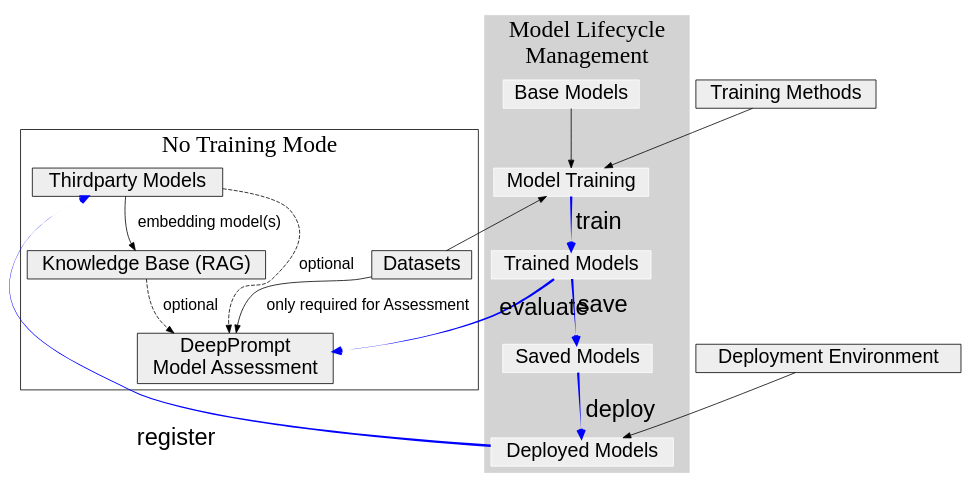
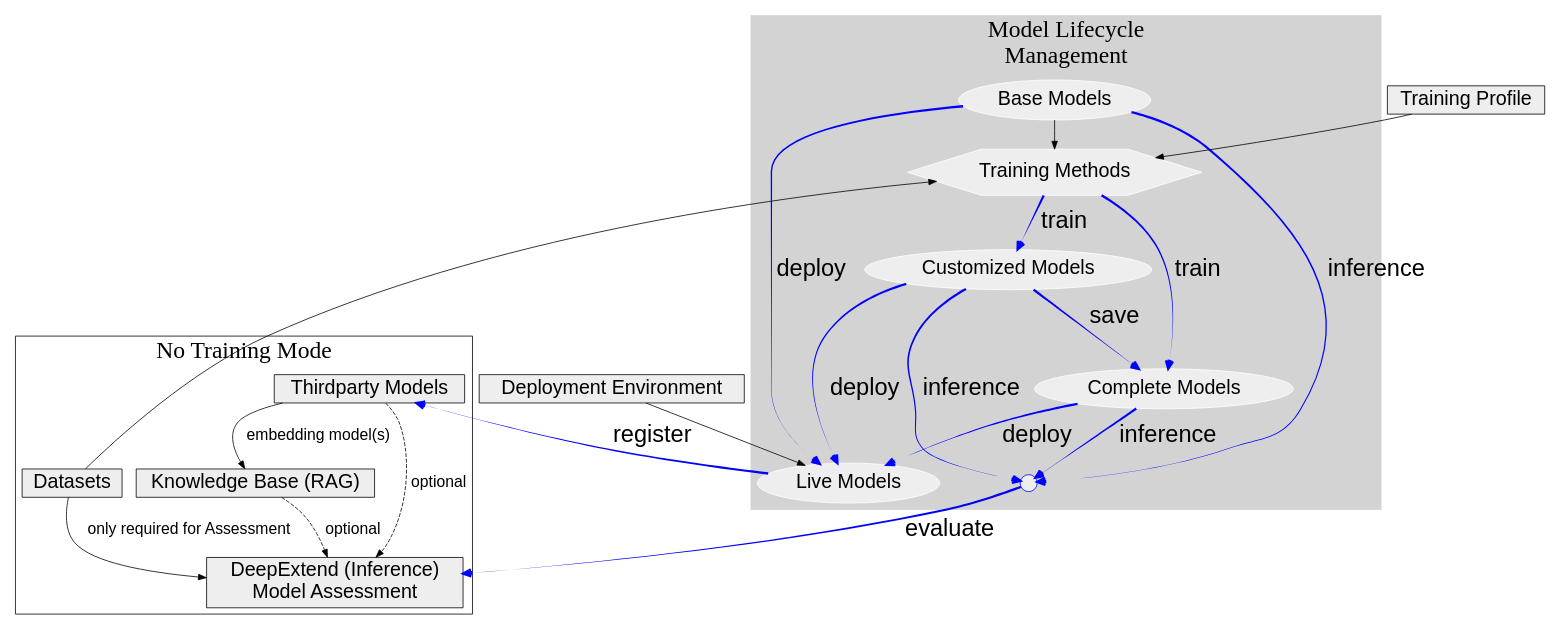
Before and after one commit to Junks5020/deepe-docs: the diagram in docs/tutorials/process_dep_graph.dot, drawn with Graphviz. The commit also changed 40 other files, not shown here.

```diff
--- a/docs/tutorials/process_dep_graph.dot
+++ b/docs/tutorials/process_dep_graph.dot
@@ -1,60 +1,68 @@
 digraph g {
-	ratio=fill;
-	splines=spline;
-	overlap=scale;
+ratio=fill;
+splines=spline;
+overlap=scale;
 
-    edge [fontsize=20, fontname="Helvetica"];
+edge [fontsize=20, fontname="Helvetica"];
 
-	node [
-		shape=box,
-		// fixedsize=true,
-		width=0.3,
-		color="black",
-		fillcolor="#eeeeee",
-		style="filled,solid",
-		fontsize=25,
-        fontname="Helvetica"
-	];
+node [
+shape=box,
+// fixedsize=true,
+width=0.3,
+color="black",
+fillcolor="#eeeeee",
+style="filled,solid",
+fontsize=25,
+fontname="Helvetica"
+];
 
-    subgraph cluster_1 {
-		node [style=filled];
-		nRAG -> nPromp [style=dashed, label="optional"];
-        nThirdModel -> nRAG [label="embedding model(s)"];
-        nDataset -> nPromp [label="only required for Assessment"];
-        nThirdModel -> nPromp [style=dashed, label="optional"];
-		label = "No Training Mode";
-        fontsize=30
-	}
+subgraph cluster_1 {
+node [style=filled];
+nRAG -> nPromp [style=dashed, label="optional"];
+nThirdModel -> nRAG [label="embedding model(s)"];
+nDataset -> nPromp [label="only required for Assessment"];
+nThirdModel -> nPromp [style=dashed, label="optional"];
+label = "No Training Mode";
+fontsize=30
+}
 
-    subgraph cluster_0 {
-		style=filled;
-		color=lightgrey;
-		node [style=filled,color=white];
-		nBModel -> nTrainingModels;
-        nTrainingModels -> nTrainedModels [style="bold,tapered", arrowhead=vee, penwidth=3, color=blue, label="train", fontsize=30];
-        nTrainedModels -> nSavedModels [style="bold,tapered", arrowhead=vee, penwidth=3, color=blue, label="save", fontsize=30];
-        nSavedModels -> nDeployedModels [style="bold,tapered", arrowhead=vee, penwidth=3, color=blue, label="deploy", fontsize=30];
-        label = "Model Lifecycle\nManagement";
-        fontsize=30
-	}
+subgraph cluster_0 {
+style=filled;
+color=lightgrey;
+node [style=filled,color=white];
+nBModel -> nTrainingMethods;
+nTrainingMethods -> nCustomizedModels [style="bold,tapered", arrowhead=vee, penwidth=3, color=blue, label="train", fontsize=30];
+nTrainingMethods -> nCompleteModels [style="bold,tapered", arrowhead=vee, penwidth=3, color=blue, label="train", fontsize=30];
+nCustomizedModels -> nCompleteModels [style="bold,tapered", arrowhead=vee, penwidth=3, color=blue, label="save", fontsize=30];
+nCustomizedModels -> nLiveModels [style="bold,tapered", arrowhead=vee, penwidth=3, color=blue, label="deploy", fontsize=30];
+nCompleteModels -> nLiveModels [style="bold,tapered", arrowhead=vee, penwidth=3, color=blue, label="deploy", fontsize=30];
+nBModel -> nLiveModels [style="bold,tapered", arrowhead=vee, penwidth=3, color=blue, label="deploy", fontsize=30];
+nBModel -> nEvaluate [style="bold,tapered", arrowhead=vee, penwidth=3, color=blue, label="inference", fontsize=30];
+nCustomizedModels -> nEvaluate [style="bold,tapered", arrowhead=vee, penwidth=3, color=blue, label="inference", fontsize=30];
+nCompleteModels -> nEvaluate [style="bold,tapered", arrowhead=vee, penwidth=3, color=blue, label="inference", fontsize=30];
+label = "Model Lifecycle\nManagement";
+fontsize=30
+}
 
 
-	nRAG [label="Knowledge Base (RAG)"];
-	nBModel [label="Base Models"];
-	nDataset [label="Datasets"];
-	nThirdModel [label="Thirdparty Models"];
-	nPromp [label="DeepPrompt\nModel Assessment"];
-	nTrainingModels [label="Model Training"];
-	nTrainedModels [label="Trained Models"];
-	nSavedModels [label="Saved Models"];
-	nDeployedModels [label="Deployed Models"];
-	nDeployEnv [label="Deployment Environment"];
-	nTrainingMethods [label="Training Methods"];
-	// n [label=""]
-    nDataset -> nTrainingModels;
-    nTrainingMethods -> nTrainingModels;
-    nDeployEnv -> nDeployedModels;
-    nDeployedModels -> nThirdModel [style="bold,tapered", arrowhead=vee, penwidth=3, color=blue, taillabel="register", fontsize=30, labeldistance=40, labelangle=3 ];
-    nTrainedModels -> nPromp [style="bold,tapered", arrowhead=vee, penwidth=3, color=blue, taillabel="evaluate", fontsize=30, labeldistance=4, labelangle=35];
-    // https://edotor.net/
+nRAG [label="Knowledge Base (RAG)"];
+nBModel [label="Base Models" shape="ellipse"];
+nDataset [label="Datasets"];
+nThirdModel [label="Thirdparty Models"];
+nPromp [label="DeepExtend (Inference) \nModel Assessment"];
+nTrainingMethods [label="Training Methods"];
+nCustomizedModels [label="Customized Models" shape="ellipse"];
+nCompleteModels [label="Complete Models" shape="ellipse"];
+nLiveModels [label="Live Models" shape="ellipse"];
+nDeployEnv [label="Deployment Environment"];
+nTrainingProfile [label="Training Profile"];
+nTrainingMethods [label="Training Methods" shape=hexagon];
+nEvaluate [label="evaluate" shape=point color="blue"];
+// n [label=""]
+nDataset -> nTrainingMethods;
+nDeployEnv -> nLiveModels;
+nTrainingProfile -> nTrainingMethods;
+nLiveModels -> nThirdModel [style="bold,tapered", arrowhead=vee, penwidth=3, color=blue, label="register", fontsize=30];
+nEvaluate -> nPromp [style="bold,tapered", arrowhead=vee, penwidth=3, color=blue, label="evaluate", fontsize=30];
+// https://edotor.net/
 }
```
